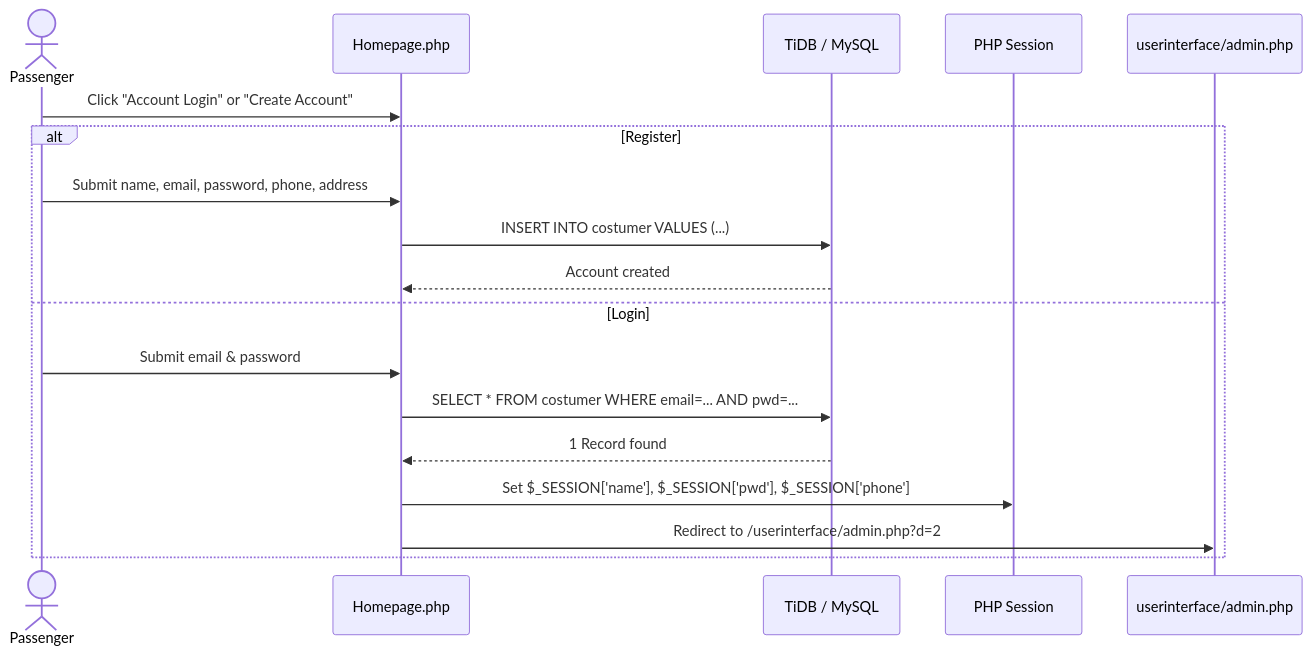
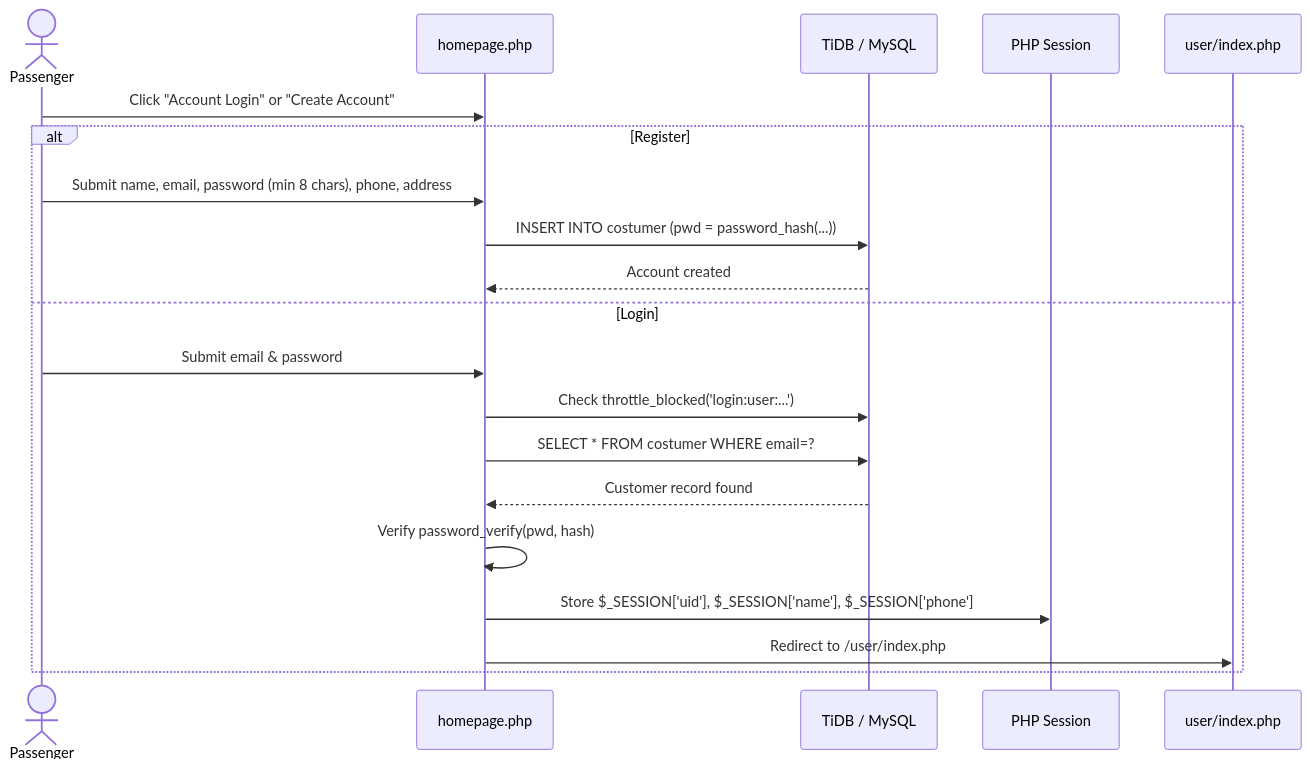
Before and after one commit to Jashan-randhawa/Bus-Resrvation: the diagram in wiki/Customer-Portal-and-Booking-Flow.md, drawn with Mermaid. The commit also changed other lines of this file and 3 other files, not shown here.

````diff
--- a/wiki/Customer-Portal-and-Booking-Flow.md
+++ b/wiki/Customer-Portal-and-Booking-Flow.md
@@ -9,22 +9,24 @@
 ```mermaid
 sequenceDiagram
     actor User as Passenger
-    participant Home as Homepage.php
+    participant Home as homepage.php
     participant DB as TiDB / MySQL
     participant Session as PHP Session
-    participant Portal as userinterface/admin.php
+    participant Portal as user/index.php
 
     User->>Home: Click "Account Login" or "Create Account"
     
     alt Register
-        User->>Home: Submit name, email, password, phone, address
-        Home->>DB: INSERT INTO costumer VALUES (...)
+        User->>Home: Submit name, email, password (min 8 chars), phone, address
+        Home->>DB: INSERT INTO costumer (pwd = password_hash(...))
         DB-->>Home: Account created
     else Login
         User->>Home: Submit email & password
-        Home->>DB: SELECT * FROM costumer WHERE email=... AND pwd=...
-        DB-->>Home: 1 Record found
-        Home->>Session: Set $_SESSION['name'], $_SESSION['pwd'], $_SESSION['phone']
-        Home->>Portal: Redirect to /userinterface/admin.php?d=2
+        Home->>DB: Check throttle_blocked('login:user:...')
+        Home->>DB: SELECT * FROM costumer WHERE email=?
+        DB-->>Home: Customer record found
+        Home->>Home: Verify password_verify(pwd, hash)
+        Home->>Session: Store $_SESSION['uid'], $_SESSION['name'], $_SESSION['phone']
+        Home->>Portal: Redirect to /user/index.php
     end
 ```
````
